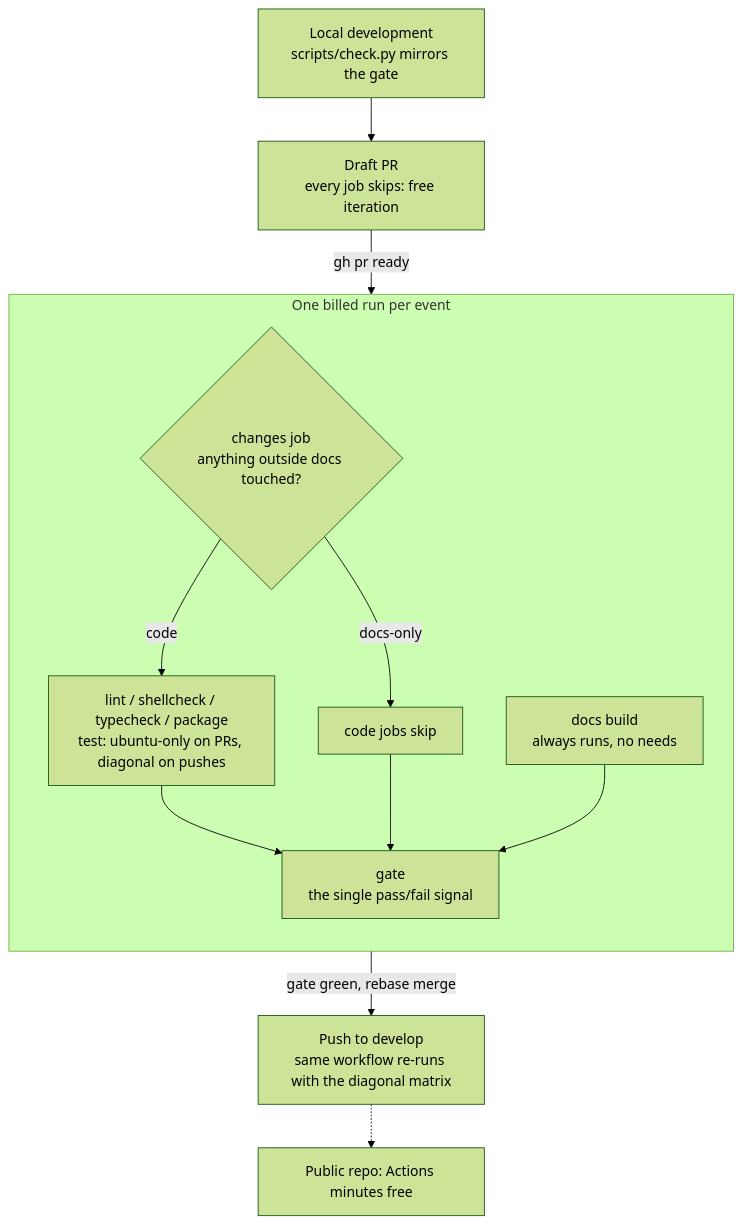
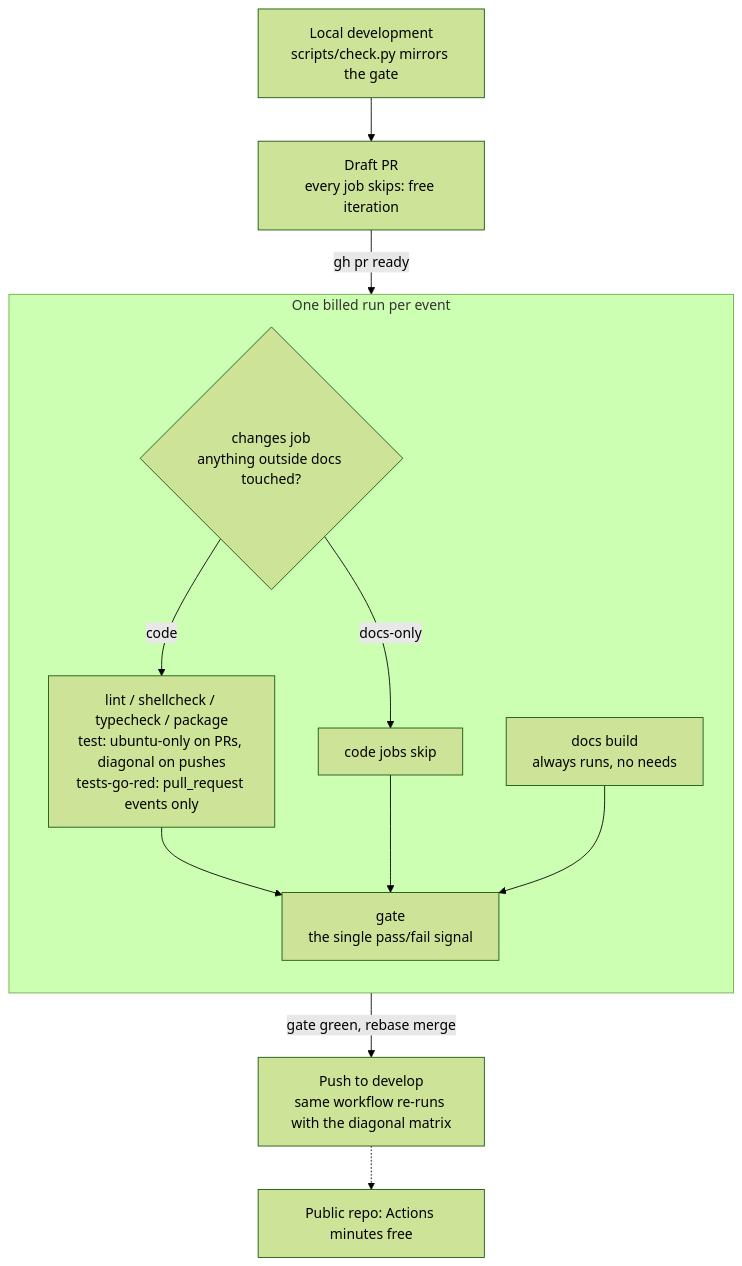
Before and after one commit to TheRealBillSiegler/boilerplate: the diagram in docs/governance/ci.md, drawn with Mermaid (forest theme). The commit also changed other lines of this file and 5 other files, not shown here.

First line of the commit message:
ci: fail a pull request whose new tests all pass on the base

````diff
--- a/docs/governance/ci.md
+++ b/docs/governance/ci.md
@@ -7,17 +7,17 @@
 ```mermaid
 flowchart TD
     dev["Local development<br>scripts/check.py mirrors the gate"] --> draft["Draft PR<br>every job skips: free iteration"]
     draft -- "gh pr ready" --> run
     subgraph run["One billed run per event"]
         direction TB
         changes{"changes job<br>anything outside docs touched?"}
         changes -- "docs-only" --> skip["code jobs skip"]
-        changes -- "code" --> code["lint / shellcheck / typecheck / package<br>test: ubuntu-only on PRs, diagonal on pushes"]
+        changes -- "code" --> code["lint / shellcheck / typecheck / package<br>test: ubuntu-only on PRs, diagonal on pushes<br>tests-go-red: pull_request events only"]
         docsjob["docs build<br>always runs, no needs"]
         code --> gate["gate<br>the single pass/fail signal"]
         skip --> gate
         docsjob --> gate
     end
     run -- "gate green, rebase merge" --> push["Push to develop<br>same workflow re-runs with the diagonal matrix"]
     push -.-> free["Public repo: Actions minutes free"]
 ```
````
